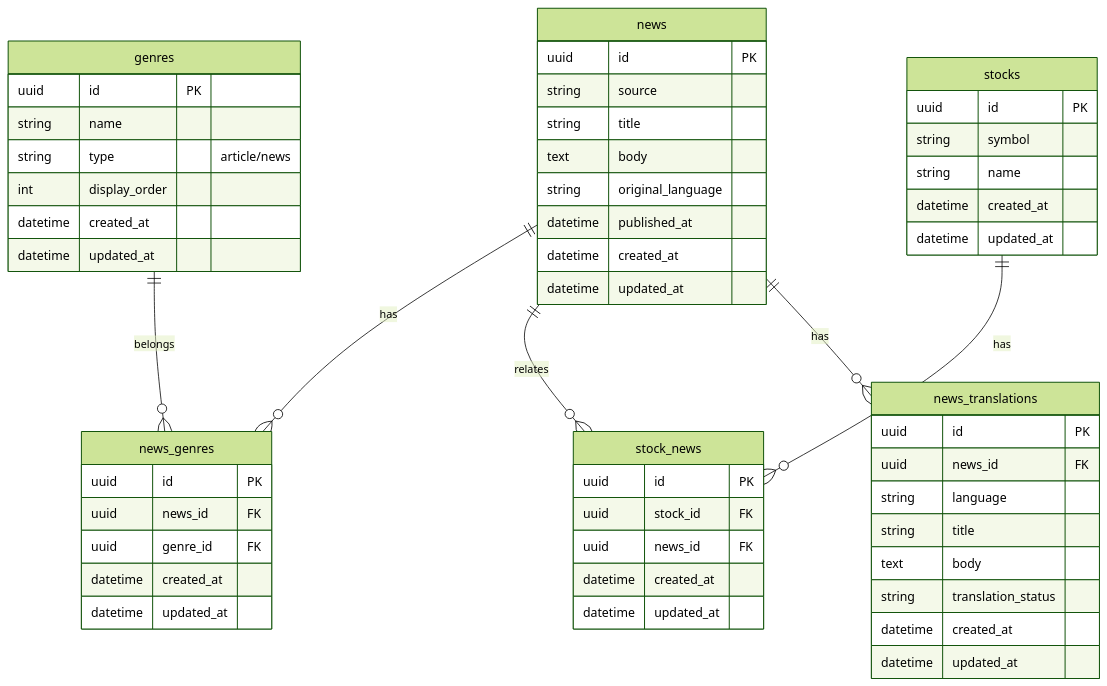
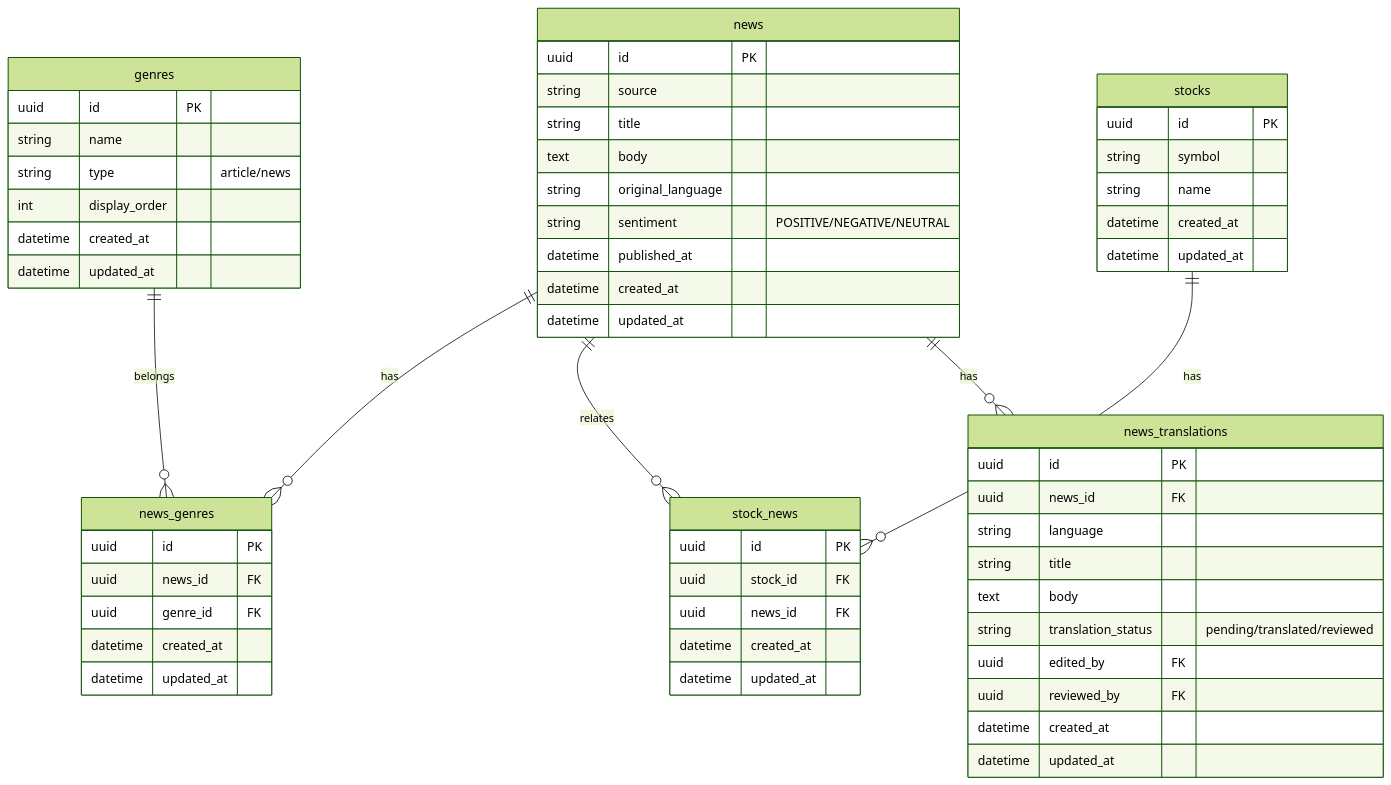
The first of 3 diagrams in docs/functions/news/fetch.md (RRRRRRR-777/SikouLab), drawn with Mermaid (forest theme) before and after one commit. The commit also changed 11 other files, not shown here.

First line of the commit message:
docs(functions): 既存12ファイルのER図をsystem_datas.mdに同期

````diff
--- a/docs/functions/news/fetch.md
+++ b/docs/functions/news/fetch.md
@@ -44,63 +44,67 @@
 ```mermaid
 erDiagram
+    %% 正: docs/versions/1_0_0/system_datas.md
     news ||--o{ news_genres : "has"
     genres ||--o{ news_genres : "belongs"
     news ||--o{ stock_news : "relates"
     stocks ||--o{ stock_news : "has"
     news ||--o{ news_translations : "has"
 
     news {
         uuid id PK
         string source
         string title
         text body
         string original_language
+        string sentiment "POSITIVE/NEGATIVE/NEUTRAL"
         datetime published_at
         datetime created_at
         datetime updated_at
     }
 
     news_translations {
         uuid id PK
         uuid news_id FK
         string language
         string title
         text body
-        string translation_status
+        string translation_status "pending/translated/reviewed"
+        uuid edited_by FK
+        uuid reviewed_by FK
         datetime created_at
         datetime updated_at
     }
 
     news_genres {
         uuid id PK
         uuid news_id FK
         uuid genre_id FK
         datetime created_at
         datetime updated_at
     }
 
     genres {
         uuid id PK
         string name
         string type "article/news"
         int display_order
         datetime created_at
         datetime updated_at
     }
 
     stock_news {
         uuid id PK
         uuid stock_id FK
         uuid news_id FK
         datetime created_at
         datetime updated_at
     }
 
     stocks {
         uuid id PK
         string symbol
         string name
         datetime created_at
         datetime updated_at
     }
 ```
````
